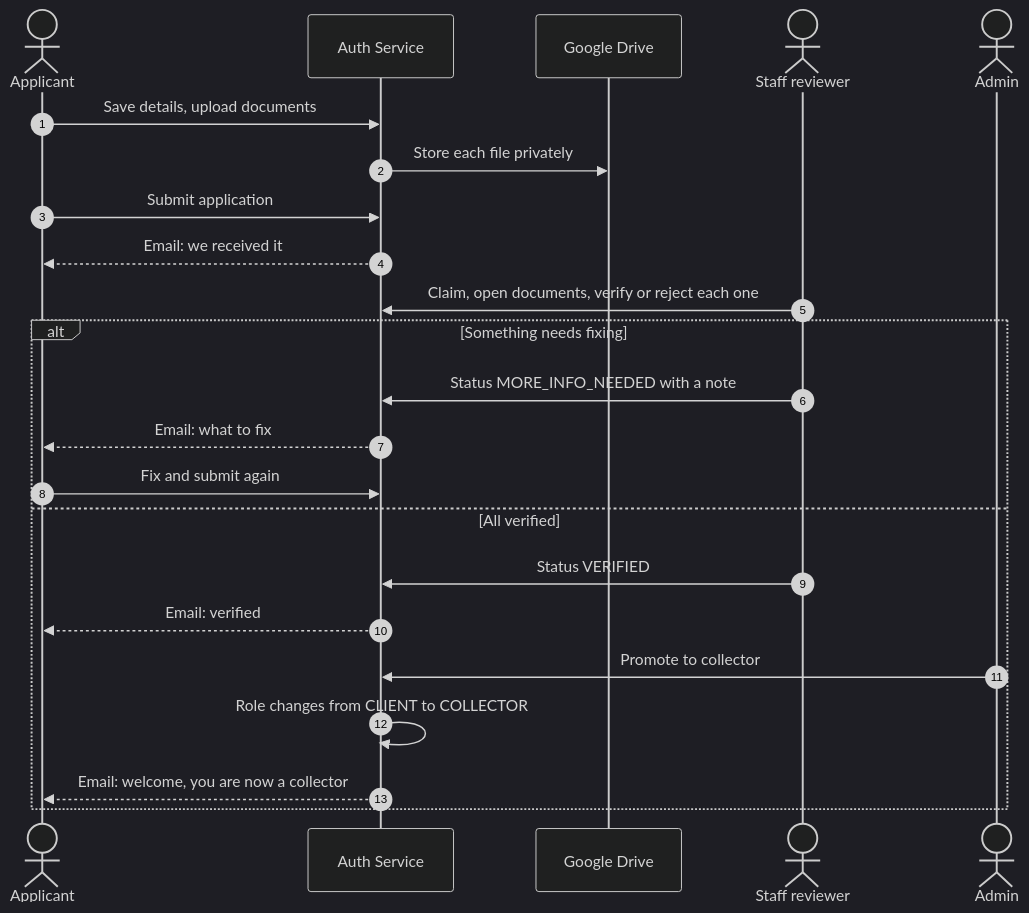
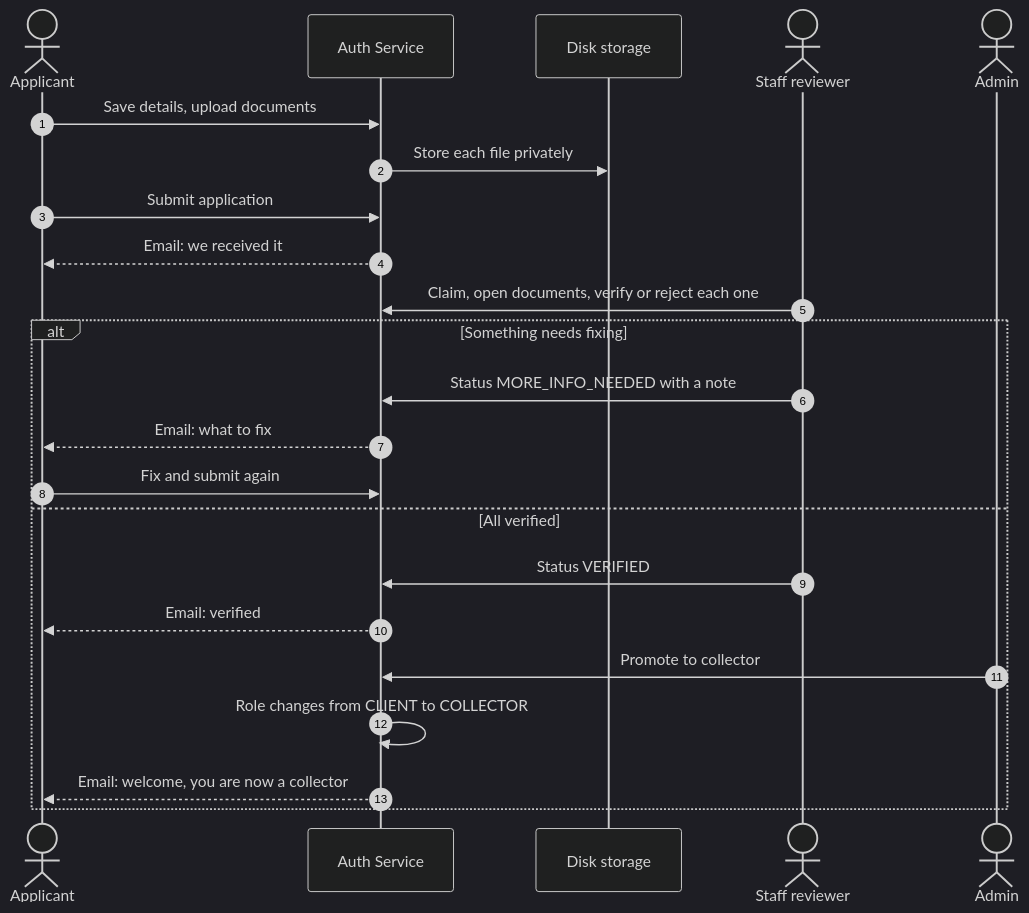
Before and after one commit to peacemakerbill/garbigo_auth-service: the eighth of 8 diagrams in README.md, drawn with Mermaid (dark theme). The commit also changed other lines of this file and 14 other files, not shown here.

First line of the commit message:
Store collector application documents on disk, remove Google Drive and the old built-in admin

````diff
--- a/README.md
+++ b/README.md
@@ -732,26 +732,26 @@
 ```mermaid
 sequenceDiagram
     autonumber
     actor A as Applicant
     participant S as Auth Service
-    participant D as Google Drive
+    participant D as Disk storage
     actor R as Staff reviewer
     actor M as Admin
 
     A->>S: Save details, upload documents
     S->>D: Store each file privately
     A->>S: Submit application
     S-->>A: Email: we received it
     R->>S: Claim, open documents, verify or reject each one
     alt Something needs fixing
         R->>S: Status MORE_INFO_NEEDED with a note
         S-->>A: Email: what to fix
         A->>S: Fix and submit again
     else All verified
         R->>S: Status VERIFIED
         S-->>A: Email: verified
         M->>S: Promote to collector
         S->>S: Role changes from CLIENT to COLLECTOR
         S-->>A: Email: welcome, you are now a collector
     end
 ```
````
